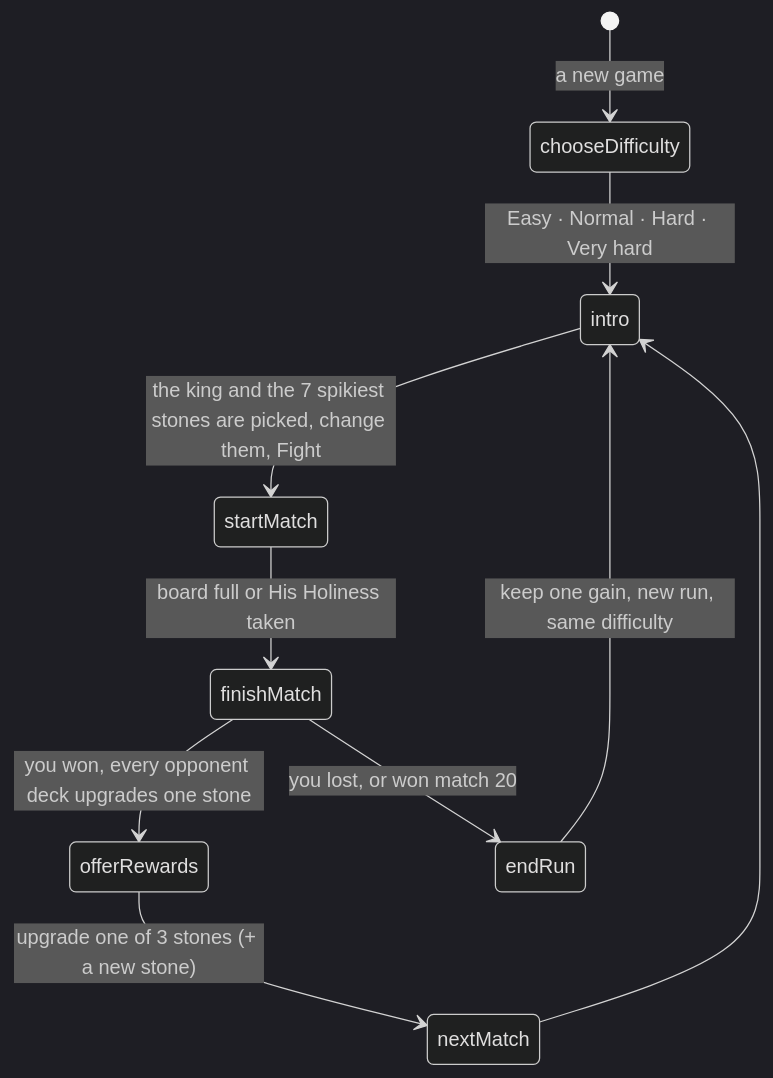
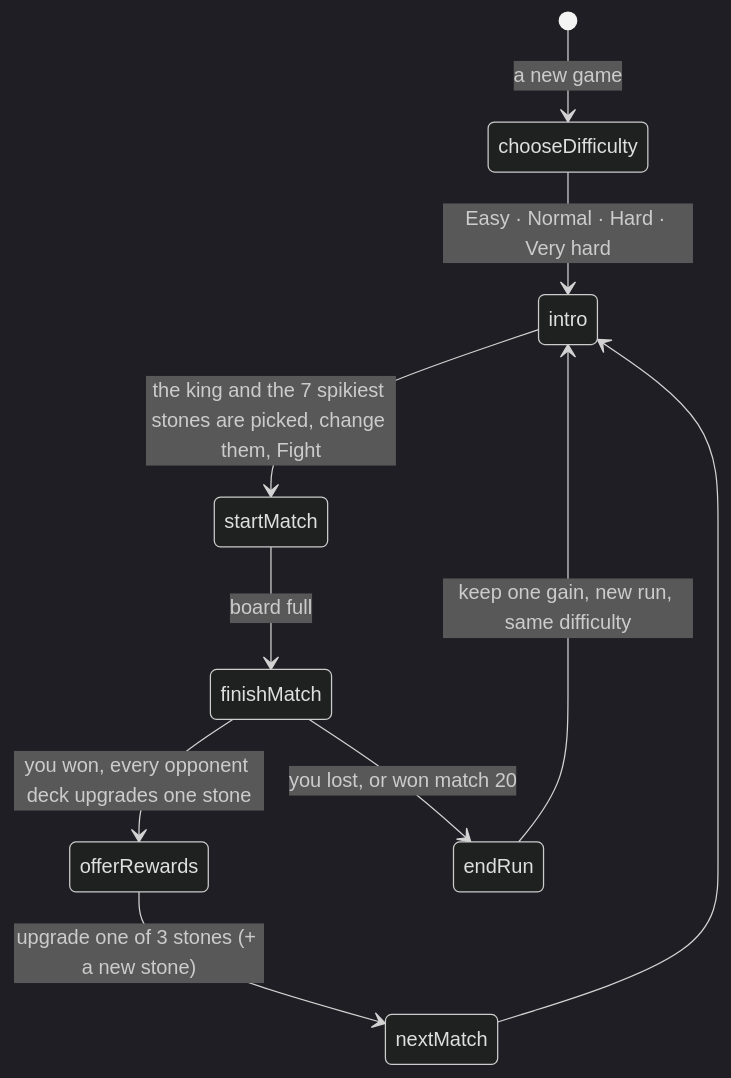
Before and after one commit to louisvandenbruwaene/rook-like: the eighth of 8 diagrams in README.md, drawn with Mermaid (dark theme). The commit also changed other lines of this file and 18 other files, not shown here.

First line of the commit message:
Rook-like: His Hovering Holiness is gone; Buzzy Beatrice's swarm no longer grounds anyone

````diff
--- a/README.md
+++ b/README.md
@@ -275,12 +272,12 @@
 ```mermaid
 stateDiagram-v2
     [*] --> chooseDifficulty : a new game
     chooseDifficulty --> intro : Easy · Normal · Hard · Very hard
     intro --> startMatch : the king and the 7 spikiest stones are picked, change them, Fight
-    startMatch --> finishMatch : board full or His Holiness taken
+    startMatch --> finishMatch : board full
     finishMatch --> offerRewards : you won, every opponent deck upgrades one stone
     offerRewards --> nextMatch : upgrade one of 3 stones (+ a new stone)
     nextMatch --> intro
     finishMatch --> endRun : you lost, or won match 20
     endRun --> intro : keep one gain, new run, same difficulty
 ```
````
